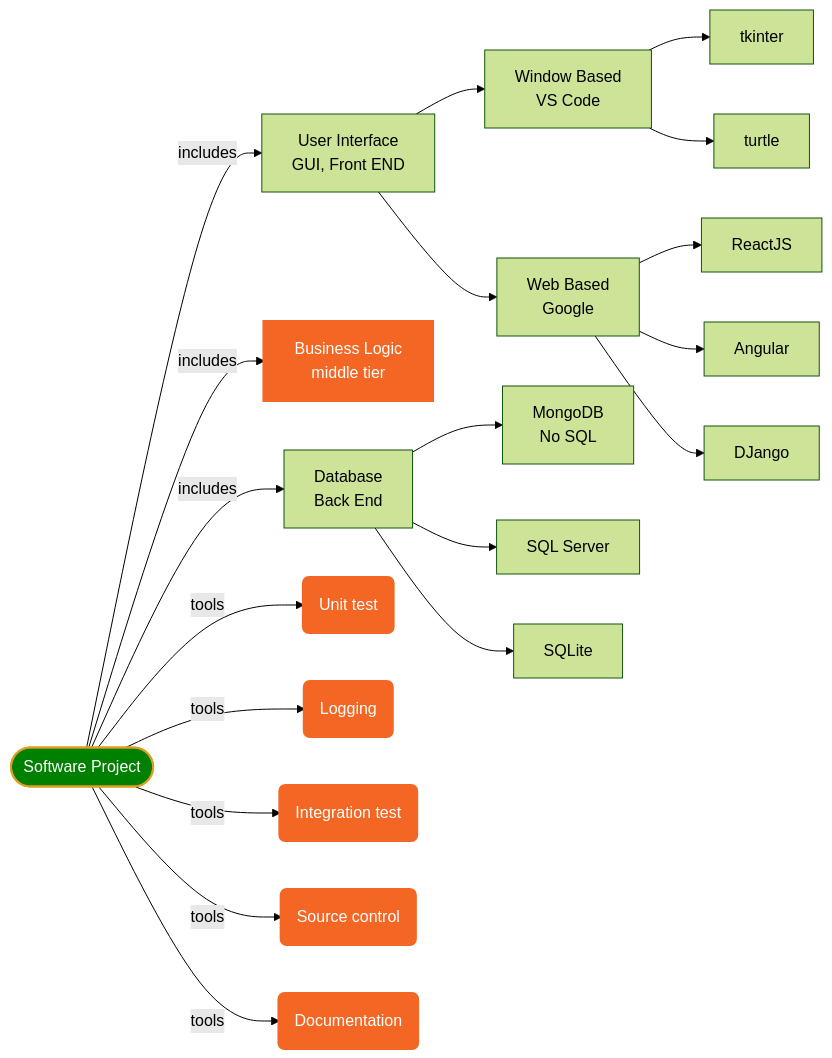
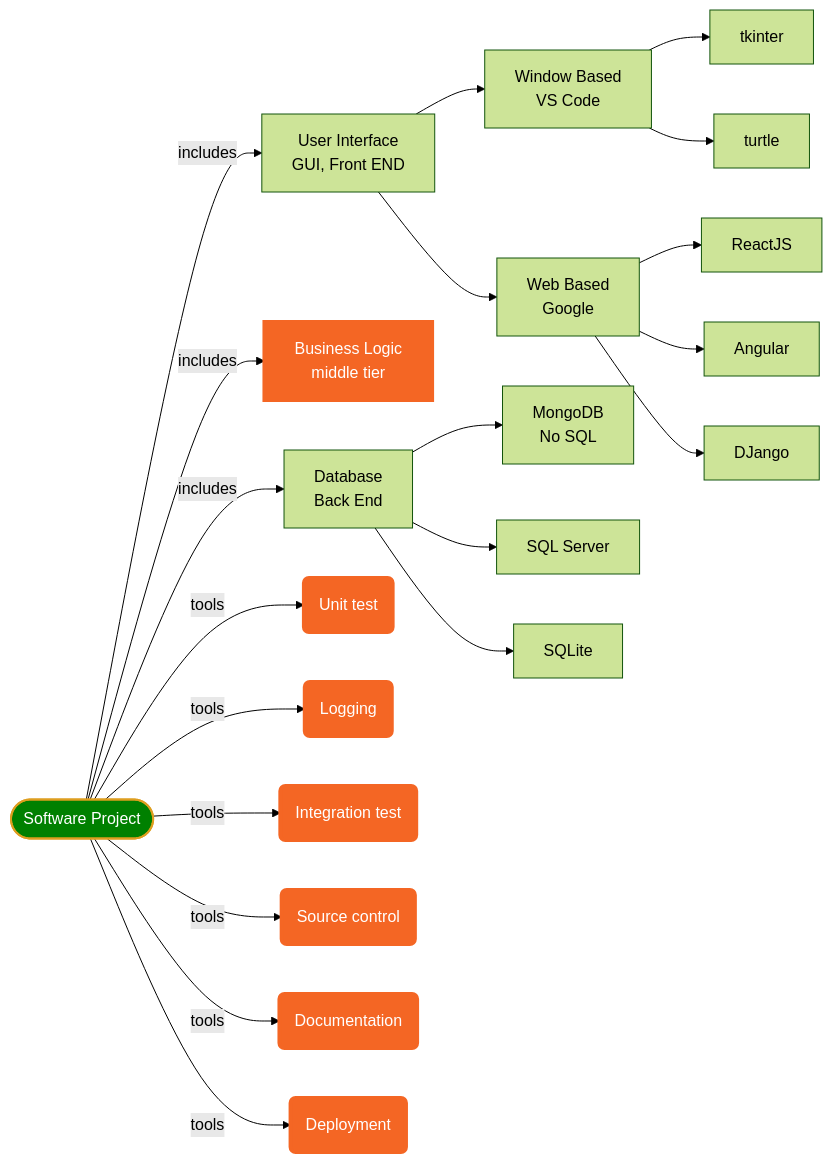
One commit to jwang1122/python1 changed the fifth of 9 diagrams in doc/python.md. Above: the diagram before and after it, drawn with Mermaid (forest theme). The commit also changed other lines of this file and 8 other files, not shown here.

````diff
--- a/doc/python.md
+++ b/doc/python.md
@@ -361,36 +362,37 @@
 ```mermaid
 graph LR
 A([Software Project])
 B[User Interface<br>GUI, Front END]
 C[Business Logic<br>middle tier]
 D[Database<br>Back End]
 E(Unit test)
 F(Logging)
 G[Window Based<br>VS Code]
 H[Web Based<br>Google]
 M[MongoDB<br>No SQL]
 S[SQL Server]
 P[SQLite]
 K[ReactJS]
 L[Angular]
 DJ[DJango]
 INT(Integration test)
 GIT(Source control)
 DOC(Documentation)
 TKINTER[tkinter]
 TURTLE[turtle]
+DIST(Deployment)
 
 A--includes-->B & C & D 
-A--tools--> E & F & INT & DOC & GIT
+A--tools--> E & F & INT & DOC & GIT & DIST
 B-->G & H
 D-->M & S & P
 H-->K & L & DJ
 G-->TKINTER & TURTLE
 
 classDef html fill:#F46624,stroke:#F46624,stroke-width:4px,color:white;
 classDef start fill:green,stroke:#DE9E1F,stroke-width:2px,color:white;
 
-class C,E,F,GIT,INT,DOC html
+class C,E,F,GIT,INT,DOC,DIST html
 class A, start
 
 ```
````
